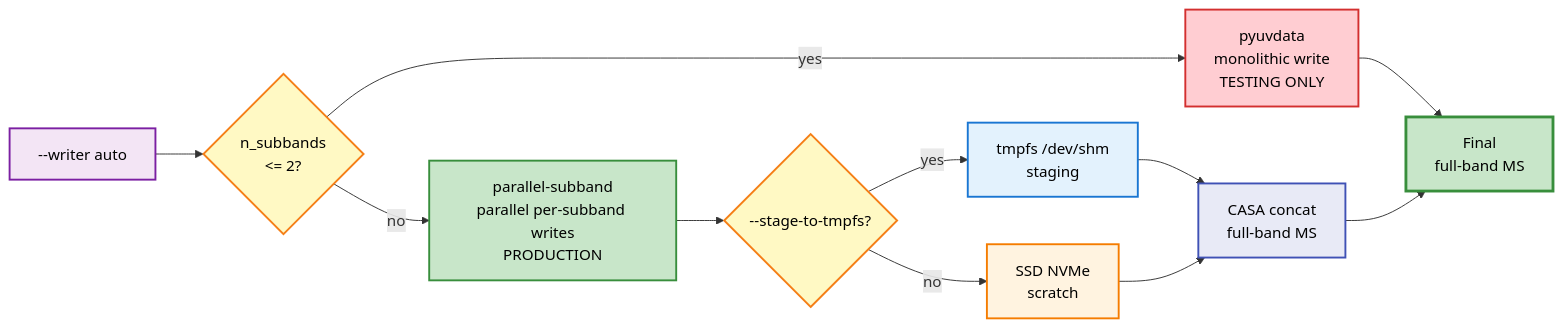
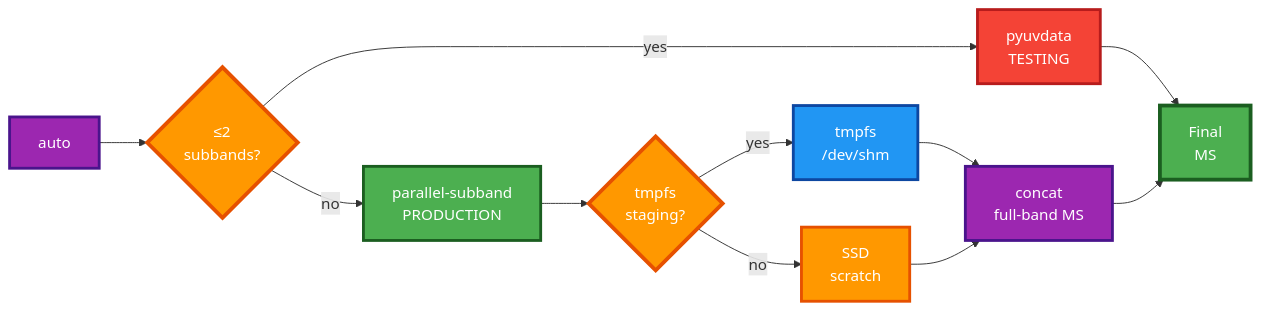
Before and after one commit to dsa110/dsa110-contimg: the second of 4 diagrams in docs/concepts/pipeline_overview.md, drawn with Mermaid. The commit also changed other lines of this file and 326 other files, not shown here.

````diff
--- a/docs/concepts/pipeline_overview.md
+++ b/docs/concepts/pipeline_overview.md
@@ -41,23 +61,30 @@
 ```mermaid
 flowchart LR
-  Auto["--writer auto"] --> N{"n_subbands<br/><= 2?"}
-  N -->|yes| Mono["pyuvdata<br/>monolithic write<br/>TESTING ONLY"]
-  N -->|no| Par["parallel-subband<br/>parallel per-subband writes<br/>PRODUCTION"]
-  Par --> Stage{"--stage-to-tmpfs?"}
-  Stage -->|yes| Tmp["tmpfs /dev/shm<br/>staging"]
-  Stage -->|no| Disk["SSD NVMe<br/>scratch"]
-  Tmp --> Concat["CASA concat<br/>full-band MS"]
+  Auto["auto"] --> N{"≤2<br/>subbands?"}
+  N -->|yes| Mono["pyuvdata<br/>TESTING"]
+  N -->|no| Par["parallel-subband<br/>PRODUCTION"]
+  Par --> Stage{"tmpfs<br/>staging?"}
+  Stage -->|yes| Tmp["tmpfs<br/>/dev/shm"]
+  Stage -->|no| Disk["SSD<br/>scratch"]
+  Tmp --> Concat["concat<br/>full-band MS"]
   Disk --> Concat
-  Mono --> MS["Final<br/>full-band MS"]
+  Mono --> MS["Final<br/>MS"]
   Concat --> MS
   
-  style Auto fill:#F3E5F5,stroke:#7B1FA2,stroke-width:2px,color:#000
-  style N fill:#FFF9C4,stroke:#F57F17,stroke-width:2px,color:#000
-  style Mono fill:#FFCDD2,stroke:#D32F2F,stroke-width:2px,color:#000
-  style Par fill:#C8E6C9,stroke:#388E3C,stroke-width:2px,color:#000
-  style Stage fill:#FFF9C4,stroke:#F57F17,stroke-width:2px,color:#000
-  style Tmp fill:#E3F2FD,stroke:#1976D2,stroke-width:2px,color:#000
-  style Disk fill:#FFF3E0,stroke:#F57C00,stroke-width:2px,color:#000
-  style Concat fill:#E8EAF6,stroke:#3F51B5,stroke-width:2px,color:#000
-  style MS fill:#C8E6C9,stroke:#388E3C,stroke-width:3px,color:#000
+  %% Decision points - bright, prominent
+  style Auto fill:#9C27B0,stroke:#4A148C,stroke-width:3px,color:#FFF
+  style N fill:#FF9800,stroke:#E65100,stroke-width:4px,color:#FFF
+  style Stage fill:#FF9800,stroke:#E65100,stroke-width:4px,color:#FFF
+  
+  %% Production path - vibrant green
+  style Par fill:#4CAF50,stroke:#1B5E20,stroke-width:3px,color:#FFF
+  style Tmp fill:#2196F3,stroke:#0D47A1,stroke-width:3px,color:#FFF
+  style Disk fill:#FF9800,stroke:#E65100,stroke-width:3px,color:#FFF
+  style Concat fill:#9C27B0,stroke:#4A148C,stroke-width:3px,color:#FFF
+  
+  %% Testing path - red/orange warning colors
+  style Mono fill:#F44336,stroke:#B71C1C,stroke-width:3px,color:#FFF
+  
+  %% Final output - success green
+  style MS fill:#4CAF50,stroke:#1B5E20,stroke-width:4px,color:#FFF
 ```
````
